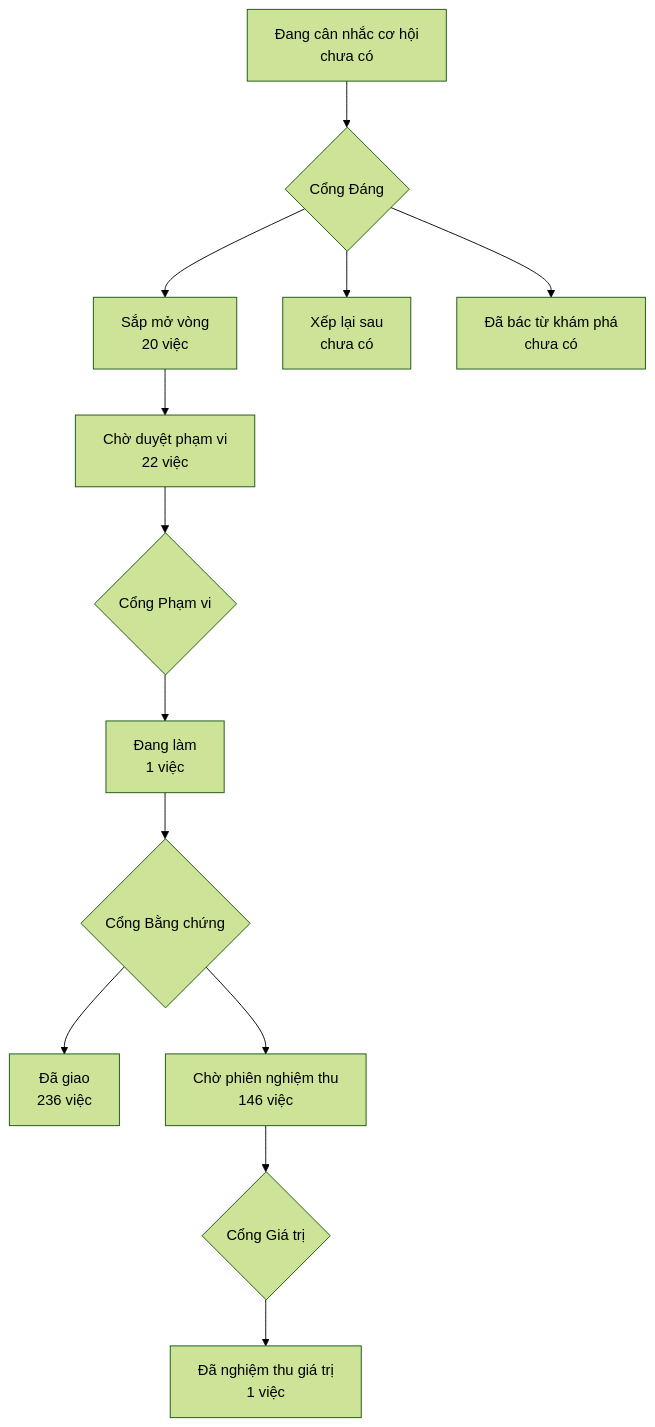
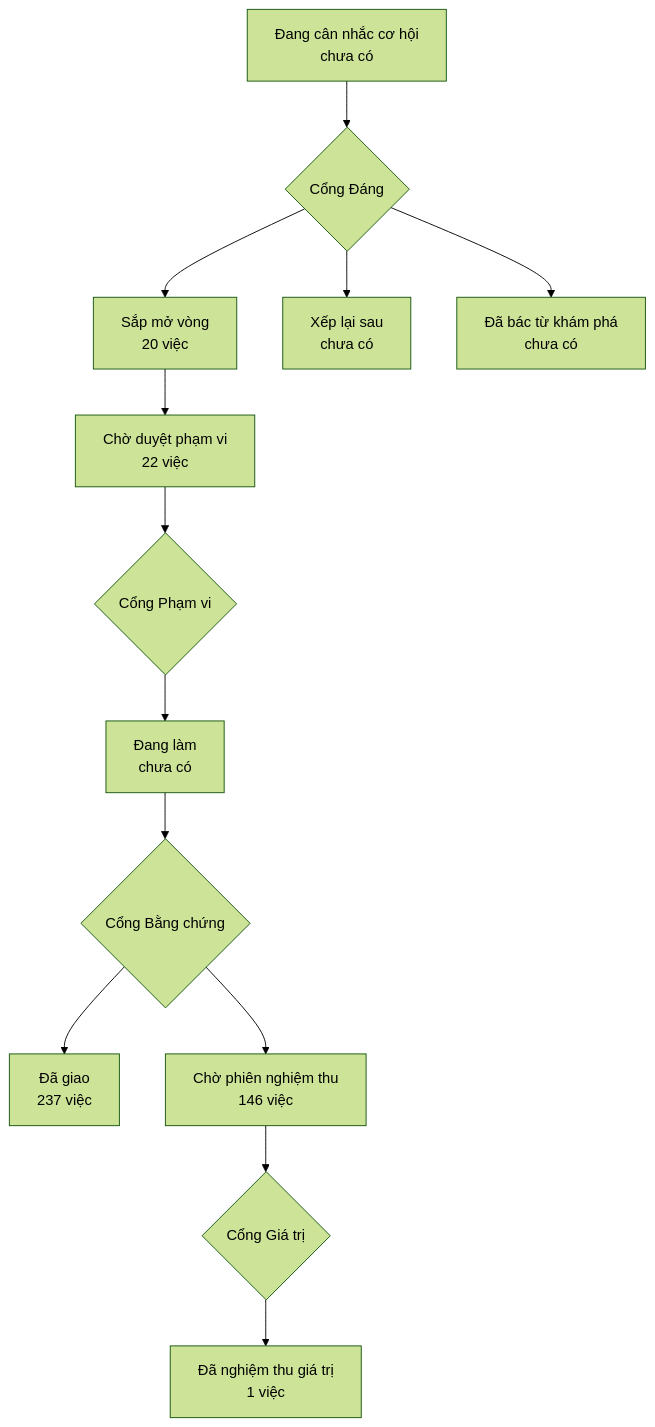
The diagram in PRODUCT-MAP.md (phanlemanh/onehub-invest), drawn with Mermaid (forest theme) before and after one commit. The commit also changed other lines of this file and 4 other files, not shown here.

````diff
--- a/PRODUCT-MAP.md
+++ b/PRODUCT-MAP.md
@@ -7,12 +7,12 @@
 ```mermaid
 flowchart TD
   A["Đang cân nhắc cơ hội<br/>chưa có"] --> GD{"Cổng Đáng"}
   GD --> B["Sắp mở vòng<br/>20 việc"]
   GD --> XL["Xếp lại sau<br/>chưa có"]
   GD --> DB["Đã bác từ khám phá<br/>chưa có"]
   B --> CD["Chờ duyệt phạm vi<br/>22 việc"] --> GP{"Cổng Phạm vi"}
-  GP --> DL["Đang làm<br/>1 việc"] --> GB{"Cổng Bằng chứng"}
-  GB --> DG["Đã giao<br/>236 việc"]
+  GP --> DL["Đang làm<br/>chưa có"] --> GB{"Cổng Bằng chứng"}
+  GB --> DG["Đã giao<br/>237 việc"]
   GB --> CN["Chờ phiên nghiệm thu<br/>146 việc"] --> GG{"Cổng Giá trị"}
   GG --> NT["Đã nghiệm thu giá trị<br/>1 việc"]
 ```
````
